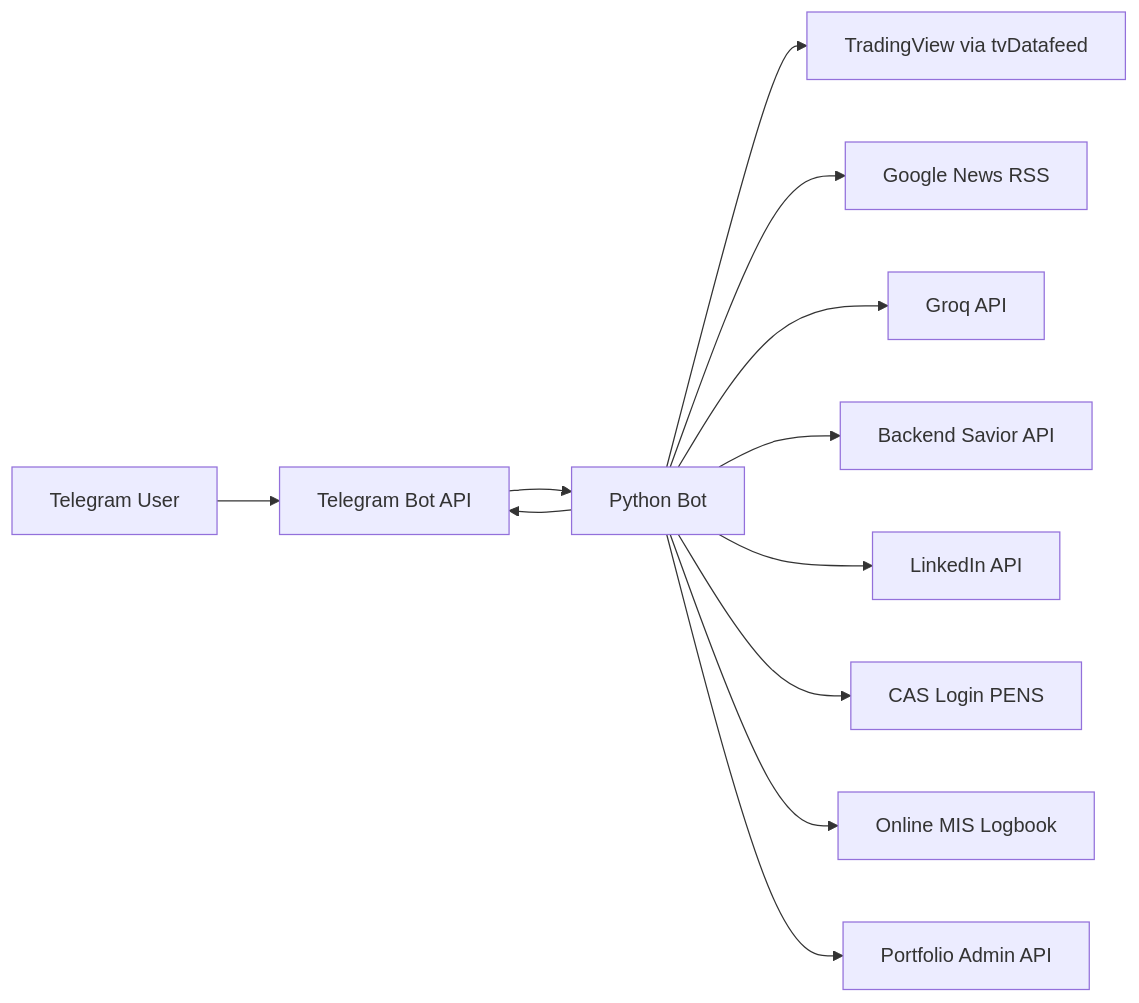
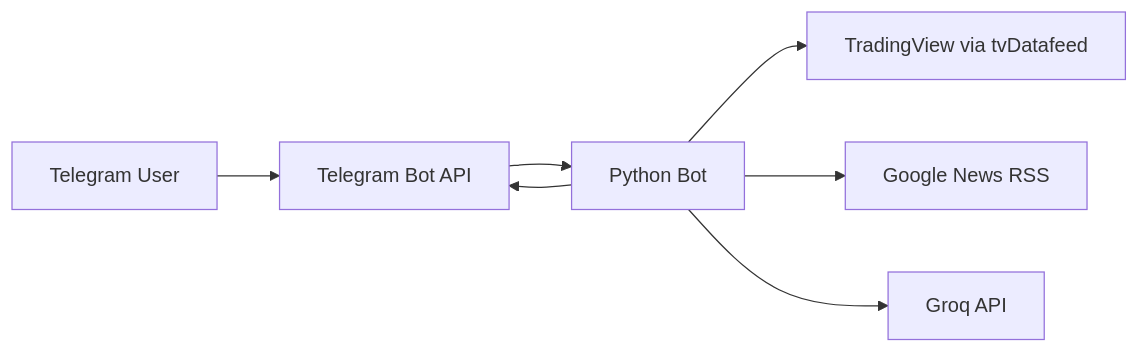
One commit to Syauqi-N/Bot_Saham changed the diagram in README.md. Above: the diagram before and after it, drawn with Mermaid. The commit also changed other lines of this file and 14 other files, not shown here.

````diff
--- a/README.md
+++ b/README.md
@@ -63,16 +34,9 @@
 ```mermaid
 flowchart LR
     U[Telegram User] --> T[Telegram Bot API]
     T --> B[Python Bot]
-
     B --> V[TradingView via tvDatafeed]
     B --> N[Google News RSS]
     B --> G[Groq API]
-    B --> S[Backend Savior API]
-    B --> L[LinkedIn API]
-    B --> C[CAS Login PENS]
-    B --> M[Online MIS Logbook]
-    B --> P[Portfolio Admin API]
-
     B --> T
 ```
````
